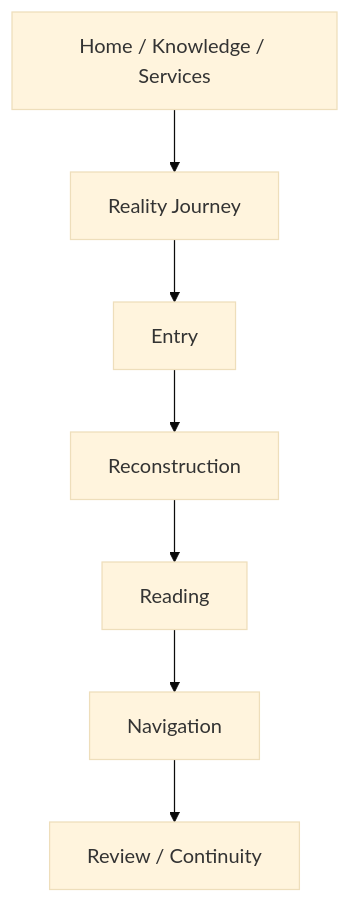
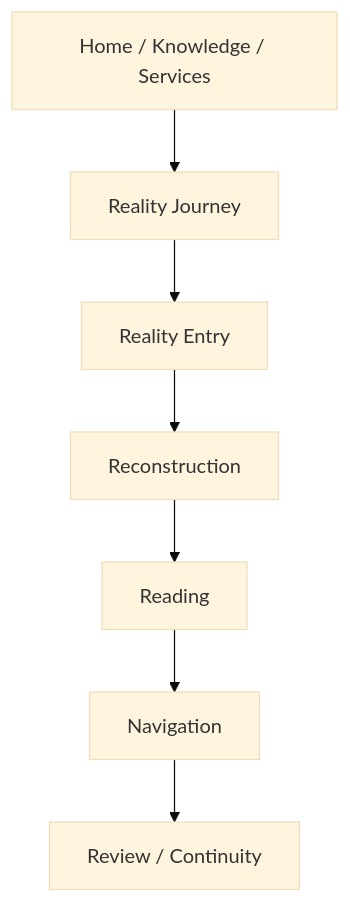
One commit to getphioscs-UX/phios changed the first of 2 diagrams in docs/pws/audit/pws-pja-current-coverage.md. Above: the diagram before and after it, drawn with Mermaid (base theme). The commit also changed other lines of this file and 4 other files, not shown here.

````diff
--- a/docs/pws/audit/pws-pja-current-coverage.md
+++ b/docs/pws/audit/pws-pja-current-coverage.md
@@ -46,9 +49,9 @@
 ```mermaid
 flowchart TD
   PUB["Home / Knowledge / Services"] --> RJ["Reality Journey"]
-  RJ --> E["Entry"]
+  RJ --> E["Reality Entry"]
   E --> RC["Reconstruction"]
   RC --> RD["Reading"]
   RD --> N["Navigation"]
   N --> RV["Review / Continuity"]
 ```
````
